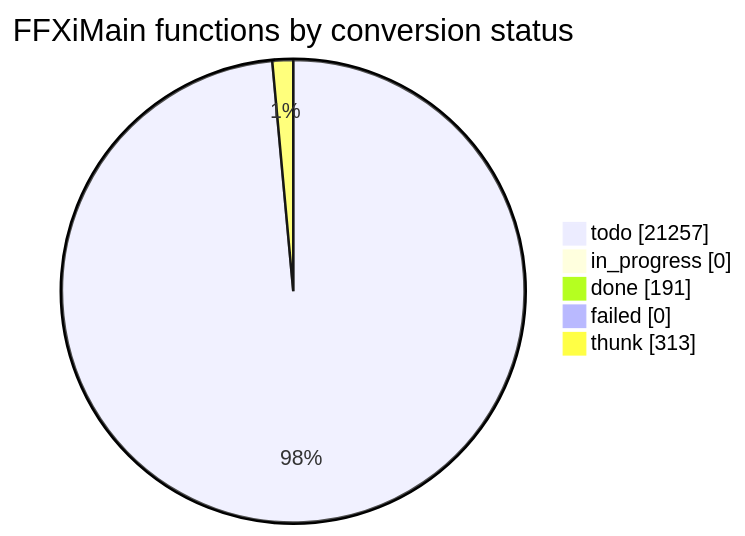
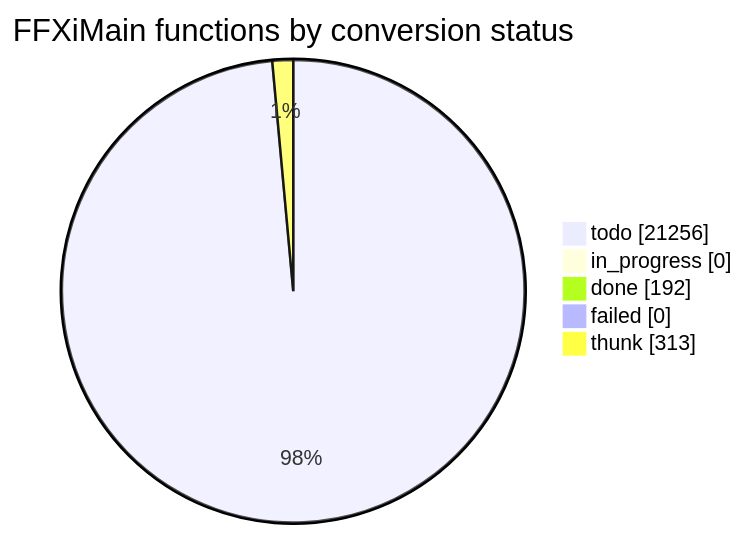
One commit to cowrevenge/cow_kuluu_xi_anything changed the diagram in docs/cow/STATUS.md. Above: the diagram before and after it, drawn with Mermaid. The commit also changed other lines of this file and 9 other files, not shown here.

````diff
--- a/docs/cow/STATUS.md
+++ b/docs/cow/STATUS.md
@@ -18,9 +18,9 @@
 ```mermaid
 pie showData
     title FFXiMain functions by conversion status
-    "todo" : 21257
+    "todo" : 21256
     "in_progress" : 0
-    "done" : 191
+    "done" : 192
     "failed" : 0
     "thunk" : 313
 ```
````
